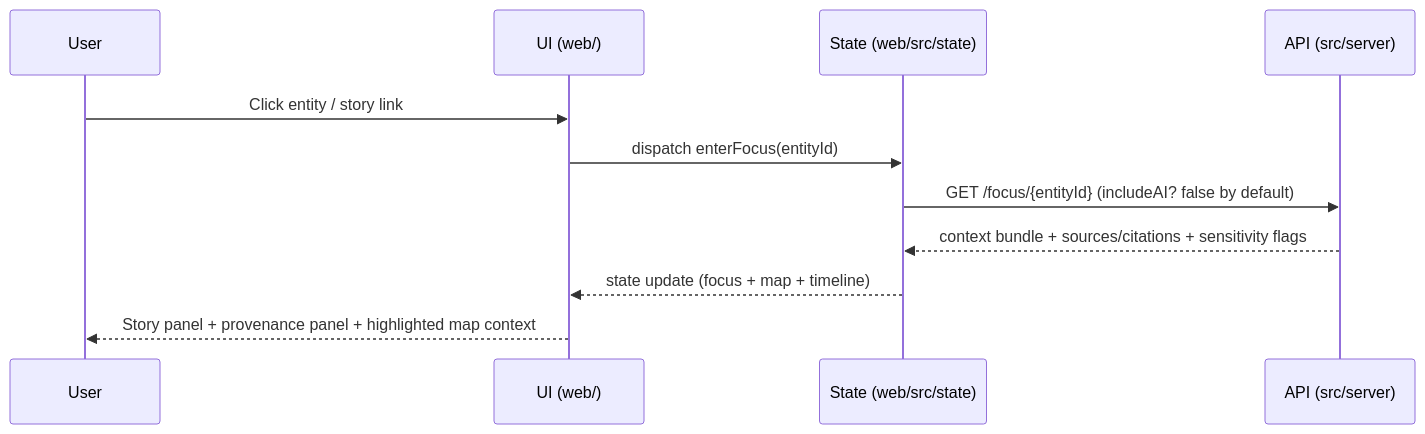
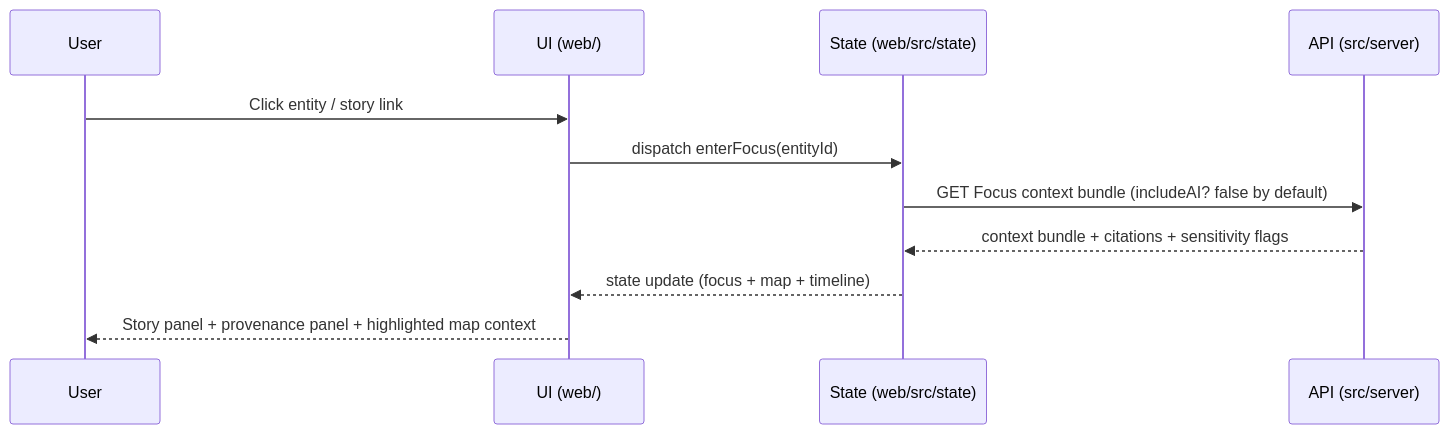
The third of 3 diagrams in web/src/state/README.md (bartytime4life/Kansas-Frontier-Matrix), drawn with Mermaid before and after one commit. The commit also changed other lines of this file, not shown here.

```diff
--- a/web/src/state/README.md
+++ b/web/src/state/README.md
@@ -224,14 +279,14 @@
 ~~~mermaid
 sequenceDiagram
   participant User
   participant UI as UI (web/)
   participant Store as State (web/src/state)
   participant API as API (src/server)
 
   User->>UI: Click entity / story link
   UI->>Store: dispatch enterFocus(entityId)
-  Store->>API: GET /focus/{entityId} (includeAI? false by default)
-  API-->>Store: context bundle + sources/citations + sensitivity flags
+  Store->>API: GET Focus context bundle (includeAI? false by default)
+  API-->>Store: context bundle + citations + sensitivity flags
   Store-->>UI: state update (focus + map + timeline)
   UI-->>User: Story panel + provenance panel + highlighted map context
 ~~~
```
